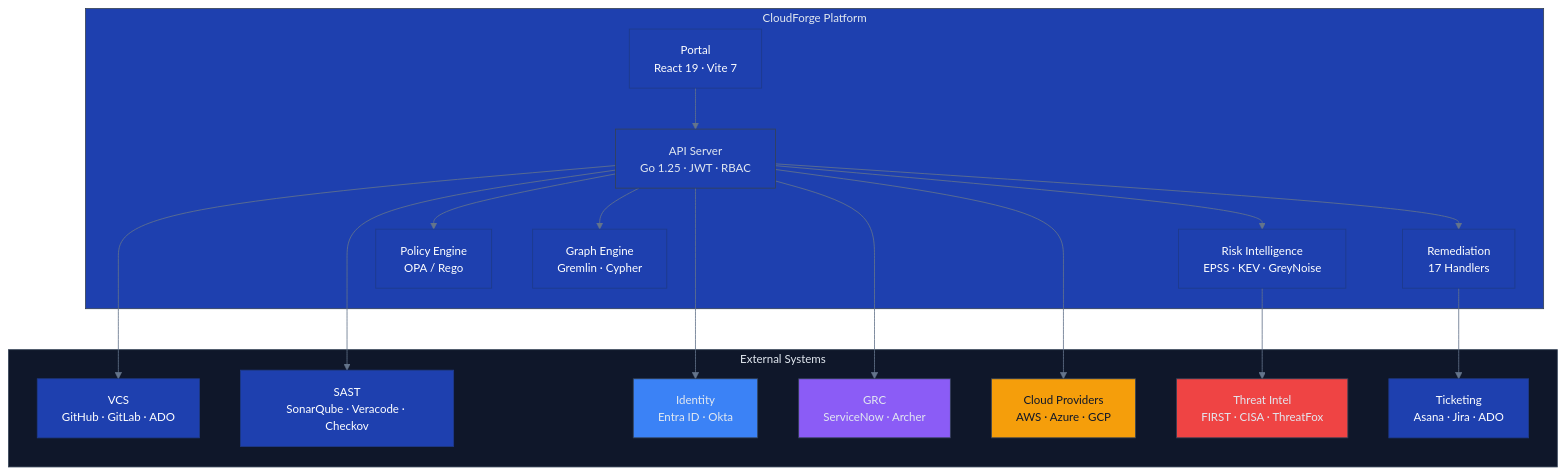
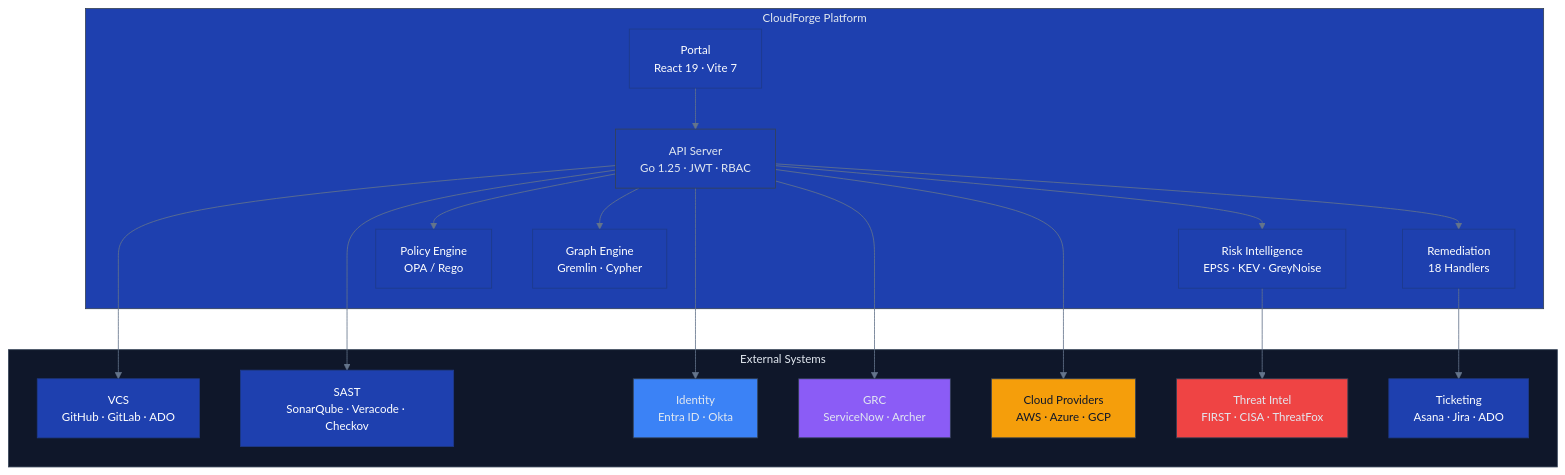
One commit to lvonguyen/cloudforge changed the diagram in docs/core/architecture/DDD.md. Above: the diagram before and after it, drawn with Mermaid. The commit also changed other lines of this file and 1 other file, not shown here.

First line of the commit message:
docs: replace ASCII diagrams with canonical SVG references

````diff
--- a/docs/core/architecture/DDD.md
+++ b/docs/core/architecture/DDD.md
@@ -83,44 +83,44 @@
 ```mermaid
-%%{init: {'theme': 'base', 'themeVariables': {'fontFamily': 'Inter, system-ui, sans-serif', 'fontSize': '14px', 'primaryColor': '#1e40af', 'primaryTextColor': '#fff', 'primaryBorderColor': '#1e3a8a', 'lineColor': '#64748b', 'secondaryColor': '#f59e0b', 'tertiaryColor': '#22c55e'}}}%%
+%%{init: {'theme': 'base', 'themeVariables': {'fontFamily': 'Georgia, serif', 'fontSize': '14px', 'primaryColor': '#1e40af', 'primaryTextColor': '#fff', 'primaryBorderColor': '#1e3a8a', 'lineColor': '#64748b', 'secondaryColor': '#f59e0b', 'tertiaryColor': '#22c55e'}}}%%
 
 flowchart TB
     subgraph Aegis["CloudForge Platform"]
         API["API Server<br/>Go 1.25 · JWT · RBAC"]
         FE["Portal<br/>React 19 · Vite 7"]
-        RE["Remediation<br/>17 Handlers"]
+        RE["Remediation<br/>18 Handlers"]
         RI["Risk Intelligence<br/>EPSS · KEV · GreyNoise"]
         PE["Policy Engine<br/>OPA / Rego"]
         GR["Graph Engine<br/>Gremlin · Cypher"]
     end
 
     subgraph Ext["External Systems"]
         VCS["VCS<br/>GitHub · GitLab · ADO"]
         SAST["SAST<br/>SonarQube · Veracode · Checkov"]
         IdP["Identity<br/>Entra ID · Okta"]
         GRC["GRC<br/>ServiceNow · Archer"]
         CSP["Cloud Providers<br/>AWS · Azure · GCP"]
         TI["Threat Intel<br/>FIRST · CISA · ThreatFox"]
         TKT["Ticketing<br/>Asana · Jira · ADO"]
     end
 
     FE --> API
     API --> RE
     API --> RI
     API --> PE
     API --> GR
     API --> VCS
     API --> SAST
     API --> IdP
     API --> GRC
     API --> CSP
     RI --> TI
     RE --> TKT
 
     style Aegis fill:#1e40af,stroke:#334155,color:#e2e8f0
     style Ext fill:#0f172a,stroke:#334155,color:#e2e8f0
     style API fill:#1e40af,stroke:#334155,color:#e2e8f0
     style CSP fill:#f59e0b,stroke:#334155,color:#0f172a
     style IdP fill:#3b82f6,stroke:#334155,color:#e2e8f0
     style GRC fill:#8b5cf6,stroke:#334155,color:#e2e8f0
     style TI fill:#ef4444,stroke:#334155,color:#e2e8f0
 ```
````
